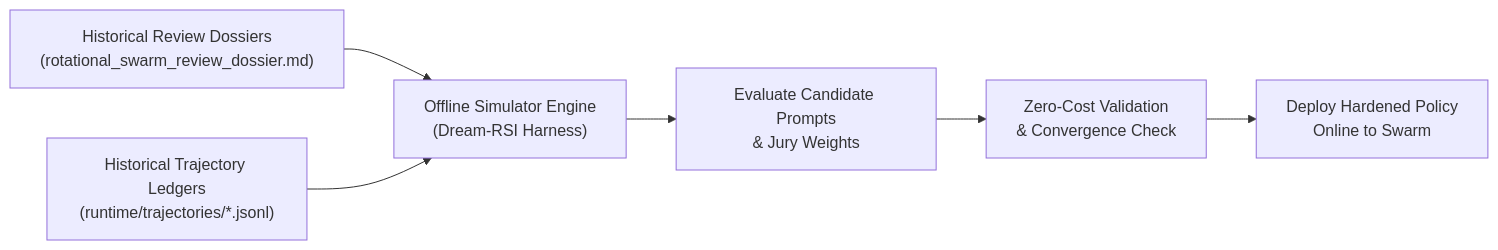
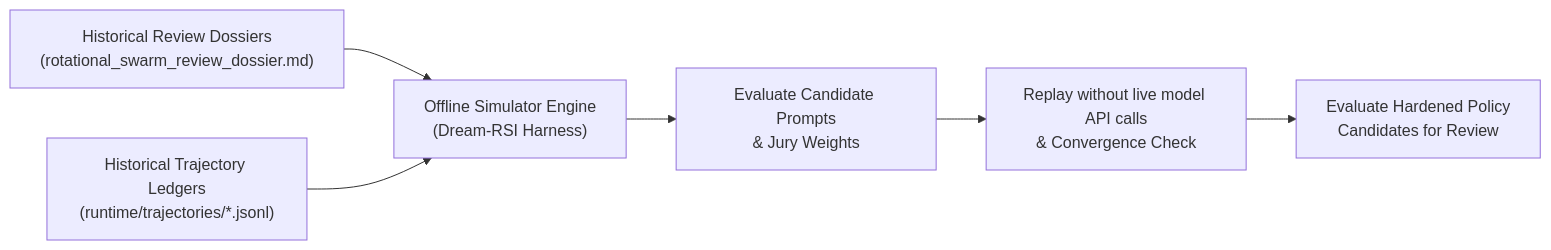
One commit to Simultech369/CouncilEngine changed the first of 2 diagrams in DREAM_RSI_AND_PARALLEL_THINKING_ARCHITECTURE.md. Above: the diagram before and after it, drawn with Mermaid. The commit also changed other lines of this file and 2 other files, not shown here.

Commit message:
docs(release): add MIT license, minimal README, and soften architecture claims

````diff
--- a/DREAM_RSI_AND_PARALLEL_THINKING_ARCHITECTURE.md
+++ b/DREAM_RSI_AND_PARALLEL_THINKING_ARCHITECTURE.md
@@ -26,8 +26,8 @@
 ```mermaid
 flowchart LR
     A["Historical Review Dossiers\n(rotational_swarm_review_dossier.md)"] --> B["Offline Simulator Engine\n(Dream-RSI Harness)"]
     C["Historical Trajectory Ledgers\n(runtime/trajectories/*.jsonl)"] --> B
     B --> D["Evaluate Candidate Prompts\n& Jury Weights"]
-    D --> E["Zero-Cost Validation\n& Convergence Check"]
-    E --> F["Deploy Hardened Policy\nOnline to Swarm"]
+    D --> E["Replay without live model API calls\n& Convergence Check"]
+    E --> F["Evaluate Hardened Policy\nCandidates for Review"]
 ```
````
